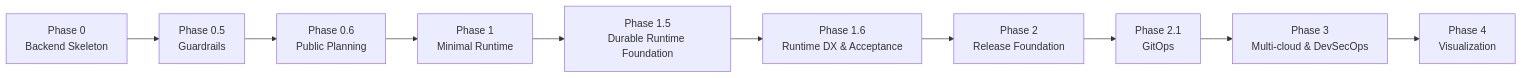
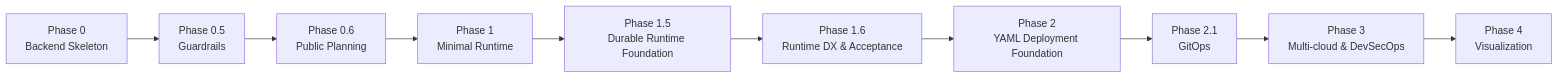
One commit to sevoniva/Nivora changed the tenth of 11 diagrams in README.md. Above: the diagram before and after it, drawn with Mermaid. The commit also changed other lines of this file and 43 other files, not shown here.

Commit message:
feat: add yaml deployment planning foundation

````diff
--- a/README.md
+++ b/README.md
@@ -865,15 +900,15 @@
 ```mermaid
 flowchart LR
     P0["Phase 0<br/>Backend Skeleton"]
     P05["Phase 0.5<br/>Guardrails"]
     P06["Phase 0.6<br/>Public Planning"]
     P1["Phase 1<br/>Minimal Runtime"]
     P15["Phase 1.5<br/>Durable Runtime Foundation"]
     P16["Phase 1.6<br/>Runtime DX & Acceptance"]
-    P2["Phase 2<br/>Release Foundation"]
+    P2["Phase 2<br/>YAML Deployment Foundation"]
     P21["Phase 2.1<br/>GitOps"]
     P3["Phase 3<br/>Multi-cloud & DevSecOps"]
     P4["Phase 4<br/>Visualization"]
 
     P0 --> P05 --> P06 --> P1 --> P15 --> P16 --> P2 --> P21 --> P3 --> P4
 ```
````
